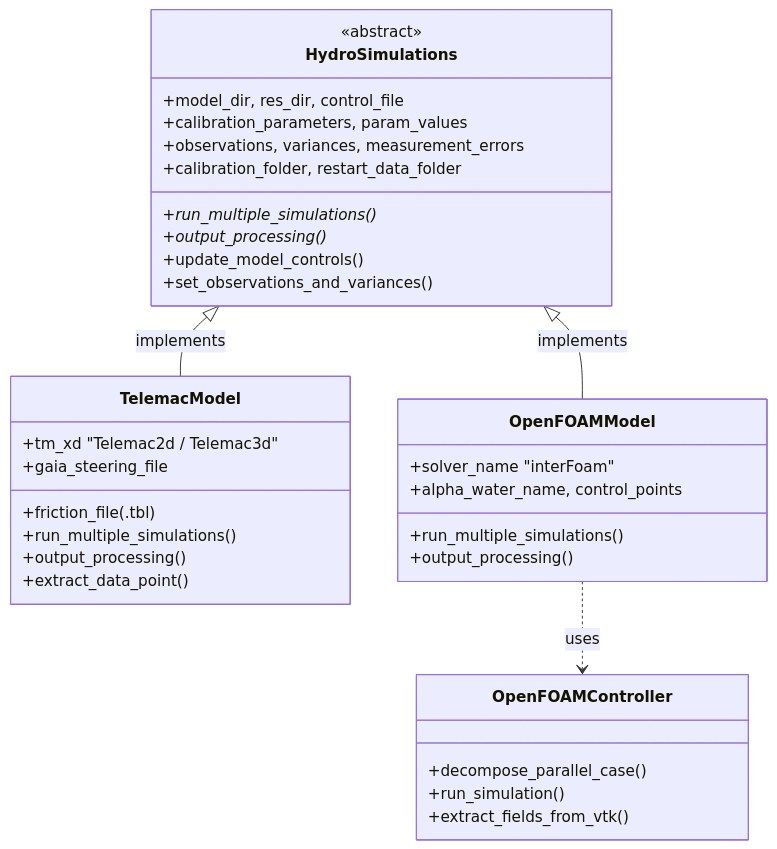
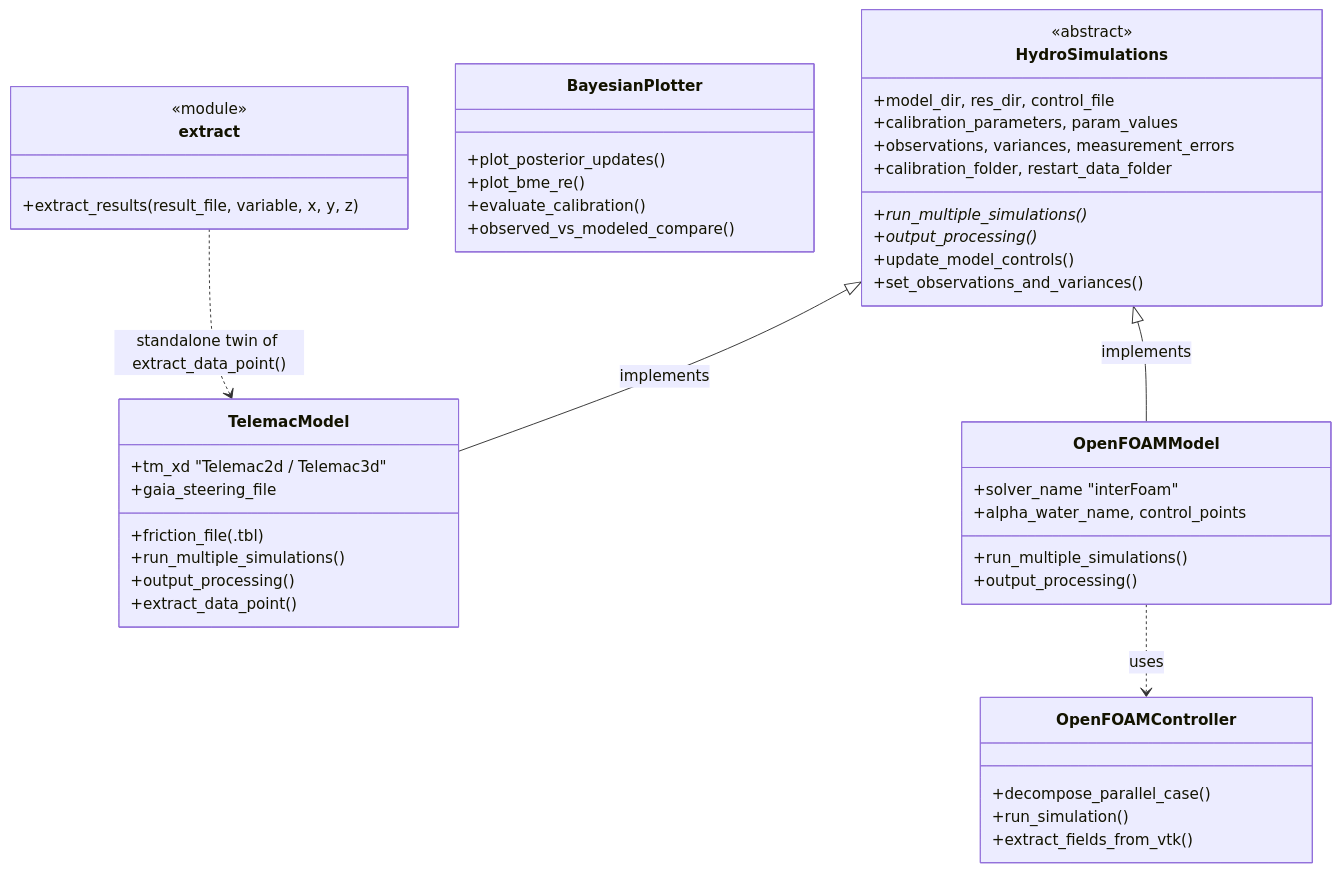
The first of 2 diagrams in docs/uml.rst (Ecohydraulics/hydrobayescal), drawn with Mermaid before and after one commit. The commit also changed other lines of this file and 9 other files, not shown here.

First line of the commit message:
Update UML to v1.0 architecture and bump version to 1.0.0

```diff
--- a/docs/uml.rst
+++ b/docs/uml.rst
@@ -32,36 +40,47 @@
 .. mermaid::
 
    classDiagram
        class HydroSimulations {
            <<abstract>>
            +model_dir, res_dir, control_file
            +calibration_parameters, param_values
            +observations, variances, measurement_errors
            +calibration_folder, restart_data_folder
            +run_multiple_simulations()*
            +output_processing()*
            +update_model_controls()
            +set_observations_and_variances()
        }
        class TelemacModel {
            +tm_xd  "Telemac2d / Telemac3d"
            +friction_file (.tbl)
            +gaia_steering_file
            +run_multiple_simulations()
            +output_processing()
            +extract_data_point()
        }
        class OpenFOAMModel {
            +solver_name  "interFoam"
            +alpha_water_name, control_points
            +run_multiple_simulations()
            +output_processing()
        }
        class OpenFOAMController {
            +decompose_parallel_case()
            +run_simulation()
            +extract_fields_from_vtk()
        }
+       class BayesianPlotter {
+           +plot_posterior_updates()
+           +plot_bme_re()
+           +evaluate_calibration()
+           +observed_vs_modeled_compare()
+       }
+       class extract {
+           <<module>>
+           +extract_results(result_file, variable, x, y, z)
+       }
        HydroSimulations <|-- TelemacModel : implements
        HydroSimulations <|-- OpenFOAMModel : implements
        OpenFOAMModel ..> OpenFOAMController : uses
+       extract ..> TelemacModel : standalone twin of extract_data_point()
```
